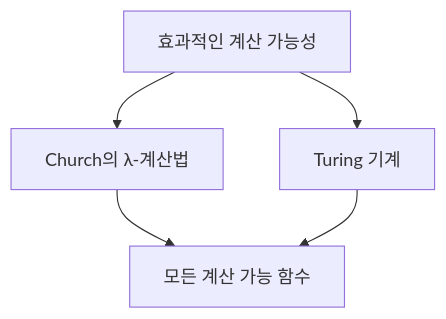
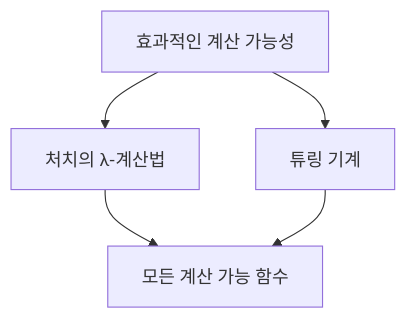
Before and after one commit to 42jerrykim/42jerrykim.github.io: the ninth of 10 diagrams in content/post/2024/2024-11-08-Alonzo-Church/index.md, drawn with Mermaid. The commit also changed other lines of this file, not shown here.

````diff
--- a/content/post/2024/2024-11-08-Alonzo-Church/index.md
+++ b/content/post/2024/2024-11-08-Alonzo-Church/index.md
@@ -499,7 +516,7 @@
 ```mermaid
 graph TD;
-    A[효과적인 계산 가능성] --> B[Church의 λ-계산법]
-    A --> C[Turing 기계]
+    A[효과적인 계산 가능성] --> B[처치의 λ-계산법]
+    A --> C[튜링 기계]
     B --> D[모든 계산 가능 함수]
     C --> D
 ```
````
